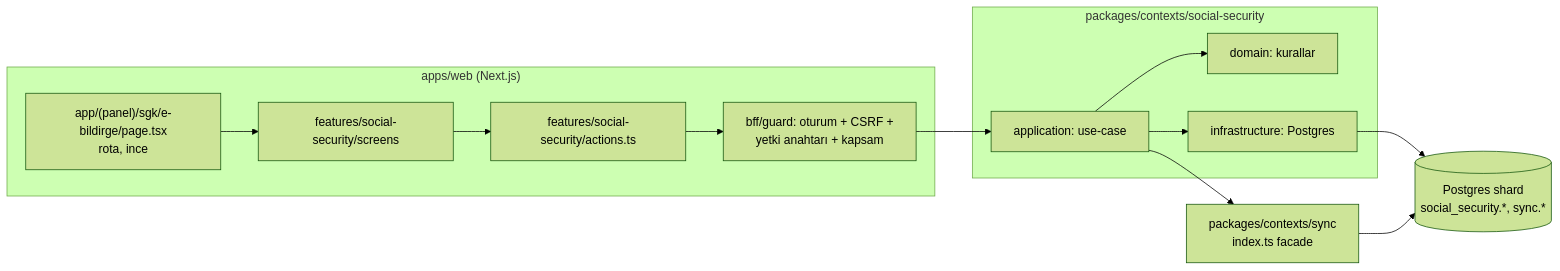
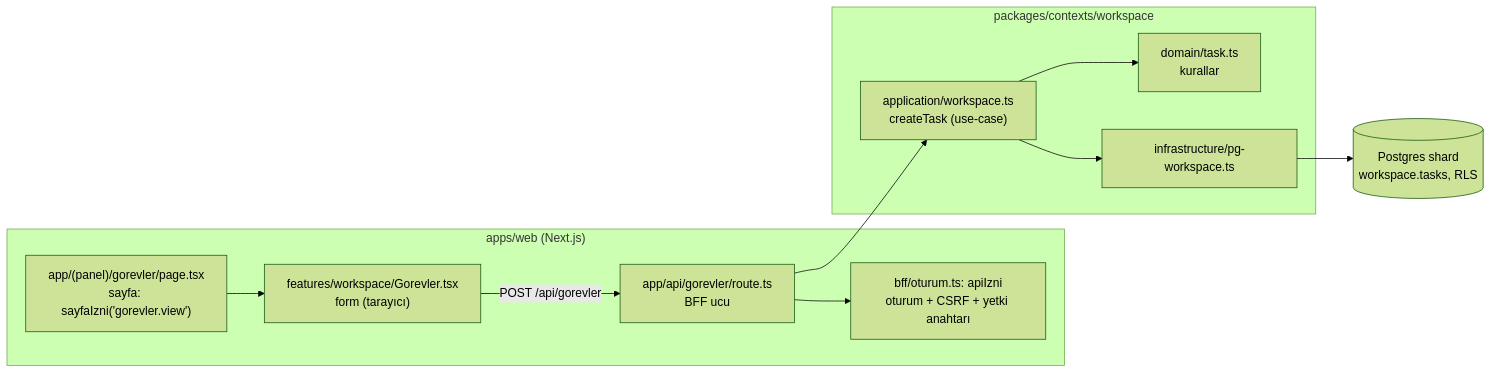
One commit to hakangoktas69/Ortakcalisma changed the second of 2 diagrams in README.md. Above: the diagram before and after it, drawn with Mermaid (forest theme). The commit also changed other lines of this file and 7 other files, not shown here.

````diff
--- a/README.md
+++ b/README.md
@@ -50,20 +54,18 @@
 ```mermaid
 flowchart LR
   subgraph Web["apps/web (Next.js)"]
-    R["app/(panel)/sgk/e-bildirge/page.tsx<br/>rota, ince"]
-    S["features/social-security/screens"]
-    A["features/social-security/actions.ts"]
-    G["bff/guard: oturum + CSRF +<br/>yetki anahtarı + kapsam"]
+    P["app/(panel)/gorevler/page.tsx<br/>sayfa: sayfaIzni('gorevler.view')"]
+    F["features/workspace/Gorevler.tsx<br/>form (tarayıcı)"]
+    U["app/api/gorevler/route.ts<br/>BFF ucu"]
+    G["bff/oturum.ts: apiIzni<br/>oturum + CSRF + yetki anahtarı"]
   end
-  subgraph Pkg["packages/contexts/social-security"]
-    APP["application: use-case"]
-    DOM["domain: kurallar"]
-    INF["infrastructure: Postgres"]
+  subgraph Pkg["packages/contexts/workspace"]
+    APP["application/workspace.ts<br/>createTask (use-case)"]
+    DOM["domain/task.ts<br/>kurallar"]
+    INF["infrastructure/pg-workspace.ts"]
   end
-  SYF["packages/contexts/sync<br/>index.ts facade"]
-  DB[("Postgres shard<br/>social_security.*, sync.*")]
-  R --> S --> A --> G --> APP
-  APP --> DOM
+  DB[("Postgres shard<br/>workspace.tasks, RLS")]
+  P --> F -- "POST /api/gorevler" --> U --> G
+  U --> APP --> DOM
   APP --> INF --> DB
-  APP --> SYF --> DB
 ```
````
